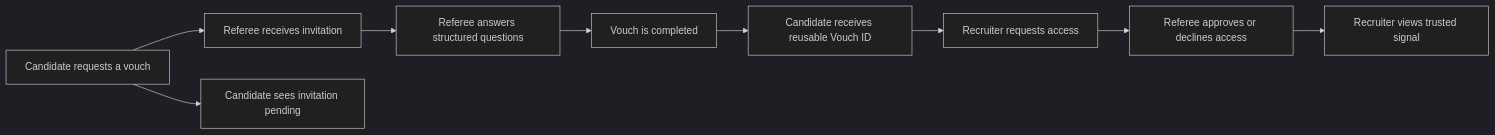
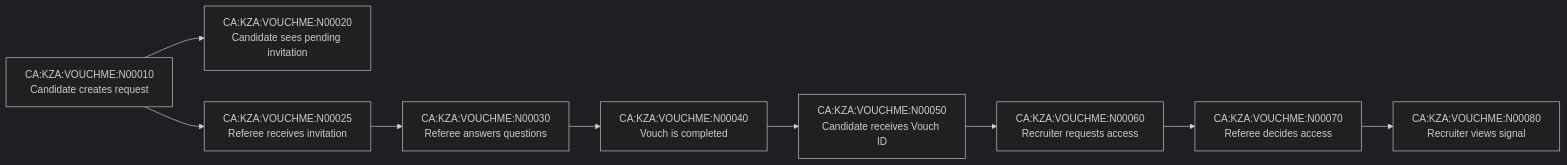
One commit to kza-hps/contextatlas changed the diagram in examples/vouchme/context-atlas/diagrams/L0-public-journey.mmd. Above: the diagram before and after it, drawn with Mermaid (dark theme). The commit also changed 30 other files, not shown here.

```diff
--- a/examples/vouchme/context-atlas/diagrams/L0-public-journey.mmd
+++ b/examples/vouchme/context-atlas/diagrams/L0-public-journey.mmd
@@ -1,9 +1,9 @@
 flowchart LR
-  A["Candidate requests a vouch"] --> B["Referee receives invitation"]
-  A --> I["Candidate sees invitation pending"]
-  B --> C["Referee answers structured questions"]
-  C --> D["Vouch is completed"]
-  D --> E["Candidate receives reusable Vouch ID"]
-  E --> F["Recruiter requests access"]
-  F --> G["Referee approves or declines access"]
-  G --> H["Recruiter views trusted signal"]
+  A["CA:KZA:VOUCHME:N00010<br/>Candidate creates request"] --> B["CA:KZA:VOUCHME:N00020<br/>Candidate sees pending invitation"]
+  A --> C["CA:KZA:VOUCHME:N00025<br/>Referee receives invitation"]
+  C --> D["CA:KZA:VOUCHME:N00030<br/>Referee answers questions"]
+  D --> E["CA:KZA:VOUCHME:N00040<br/>Vouch is completed"]
+  E --> F["CA:KZA:VOUCHME:N00050<br/>Candidate receives Vouch ID"]
+  F --> G["CA:KZA:VOUCHME:N00060<br/>Recruiter requests access"]
+  G --> H["CA:KZA:VOUCHME:N00070<br/>Referee decides access"]
+  H --> I["CA:KZA:VOUCHME:N00080<br/>Recruiter views signal"]
```
